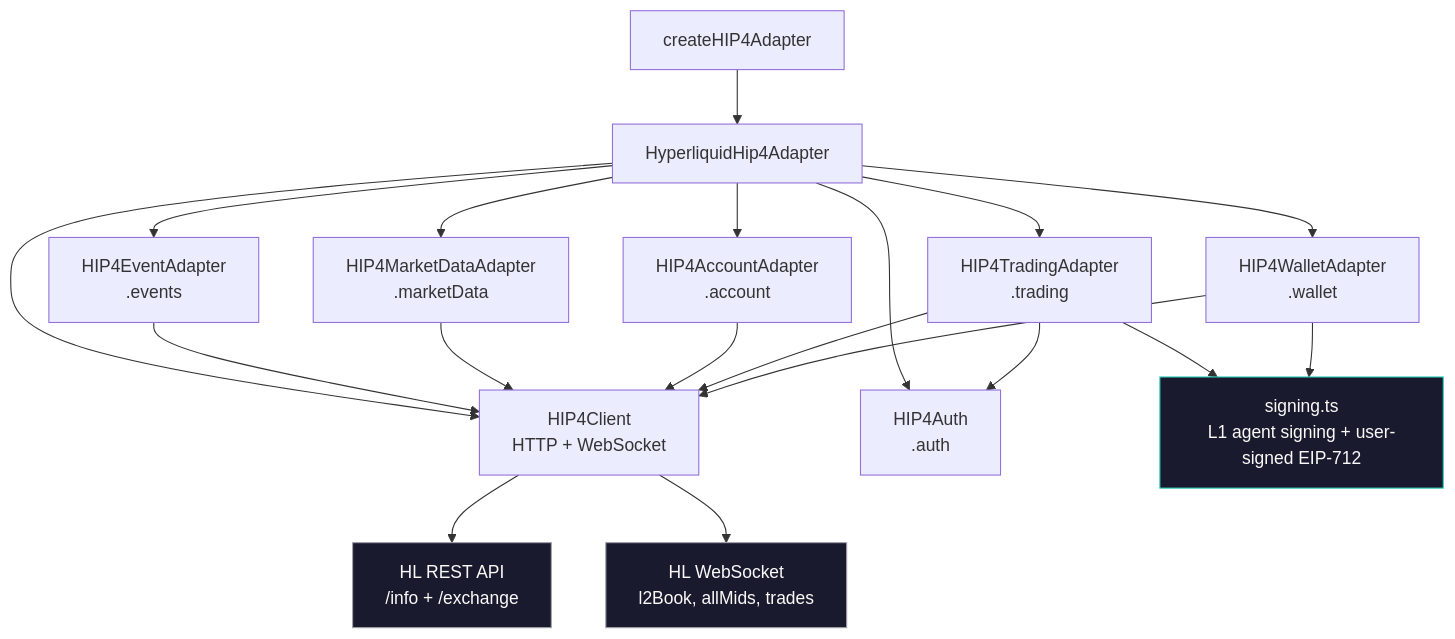
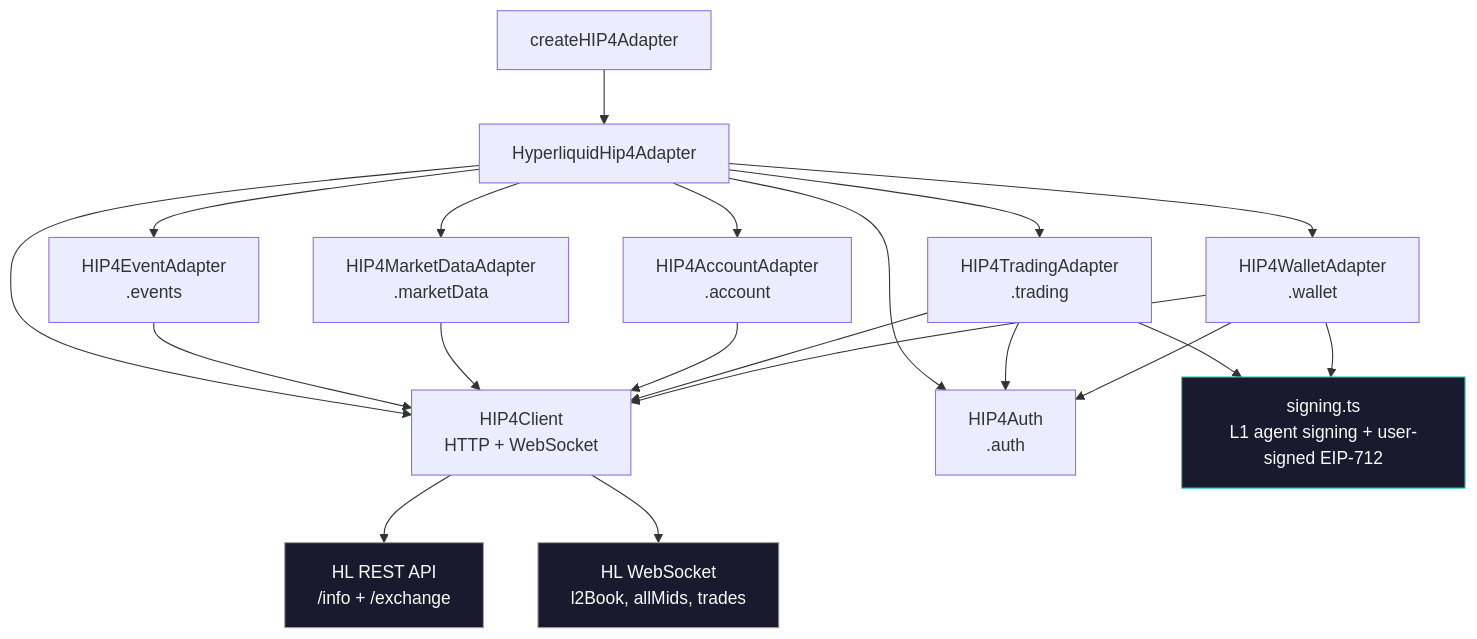
The diagram in README.md (perps-studio/hip-4), drawn with Mermaid before and after one commit. The commit also changed other lines of this file and 28 other files, not shown here.

````diff
--- a/README.md
+++ b/README.md
@@ -19,27 +19,28 @@
 ```mermaid
 graph TD
     A[createHIP4Adapter] --> B[HyperliquidHip4Adapter]
     B --> C[HIP4Client<br/>HTTP + WebSocket]
     B --> D[HIP4EventAdapter<br/>.events]
     B --> E[HIP4MarketDataAdapter<br/>.marketData]
     B --> F[HIP4AccountAdapter<br/>.account]
     B --> G[HIP4TradingAdapter<br/>.trading]
     B --> H[HIP4Auth<br/>.auth]
     B --> W[HIP4WalletAdapter<br/>.wallet]
 
     D --> C
     E --> C
     F --> C
     G --> C
     W --> C
     G --> I[signing.ts<br/>L1 agent signing + user-signed EIP-712]
     W --> I
     G --> H
+    W --> H
 
     C --> J[HL REST API<br/>/info + /exchange]
     C --> K[HL WebSocket<br/>l2Book, allMids, trades]
 
     style I fill:#1a1a2e,stroke:#2dd4bf,color:#fafafa
     style J fill:#1a1a2e,stroke:#a1a1aa,color:#fafafa
     style K fill:#1a1a2e,stroke:#a1a1aa,color:#fafafa
 ```
````
